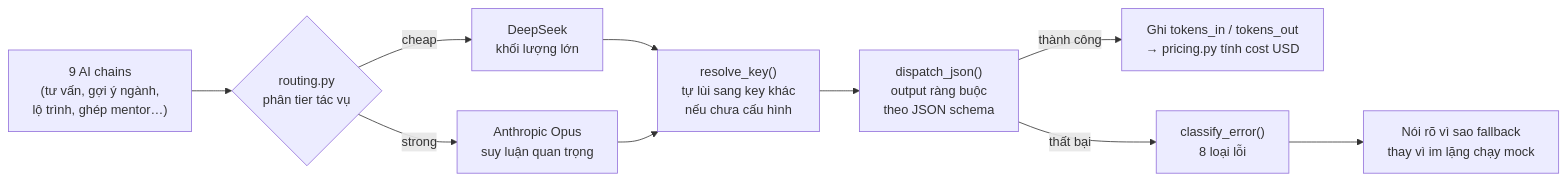
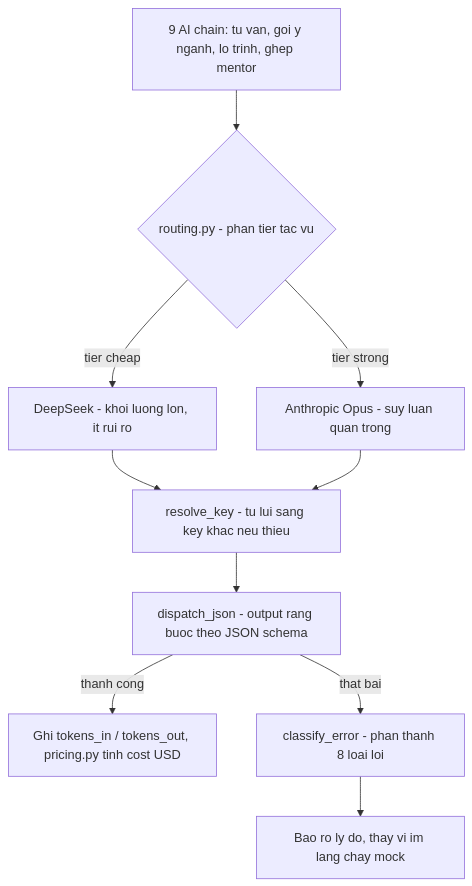
The diagram in README.md (17tuanphamanh/17tuanphamanh), drawn with Mermaid before and after one commit.

Commit message:
Sua so do mermaid khong render tren GitHub
GitHub bao "Unable to render rich display": the <br/> va dau ngoac
trong nhan node lam vo parser. Viet lai bang nhan don gian, khong HTML.

Claude-Session: https://claude.ai/code/session_01GmUnrUSMeoJd6km7yDQag1

````diff
--- a/README.md
+++ b/README.md
@@ -36,12 +36,12 @@
 ```mermaid
-flowchart LR
-    A["9 AI chains<br/>(tư vấn, gợi ý ngành,<br/>lộ trình, ghép mentor…)"] --> B{"routing.py<br/>phân tier tác vụ"}
-    B -->|cheap| C["DeepSeek<br/>khối lượng lớn"]
-    B -->|strong| D["Anthropic Opus<br/>suy luận quan trọng"]
-    C --> E["resolve_key()<br/>tự lùi sang key khác<br/>nếu chưa cấu hình"]
+flowchart TD
+    A["9 AI chain: tu van, goi y nganh, lo trinh, ghep mentor"] --> B{"routing.py - phan tier tac vu"}
+    B -->|"tier cheap"| C["DeepSeek - khoi luong lon, it rui ro"]
+    B -->|"tier strong"| D["Anthropic Opus - suy luan quan trong"]
+    C --> E["resolve_key - tu lui sang key khac neu thieu"]
     D --> E
-    E --> F["dispatch_json()<br/>output ràng buộc<br/>theo JSON schema"]
-    F -->|thành công| G["Ghi tokens_in / tokens_out<br/>→ pricing.py tính cost USD"]
-    F -->|thất bại| H["classify_error()<br/>8 loại lỗi"]
-    H --> I["Nói rõ vì sao fallback<br/>thay vì im lặng chạy mock"]
+    E --> F["dispatch_json - output rang buoc theo JSON schema"]
+    F -->|"thanh cong"| G["Ghi tokens_in / tokens_out, pricing.py tinh cost USD"]
+    F -->|"that bai"| H["classify_error - phan thanh 8 loai loi"]
+    H --> I["Bao ro ly do, thay vi im lang chay mock"]
 ```
````
